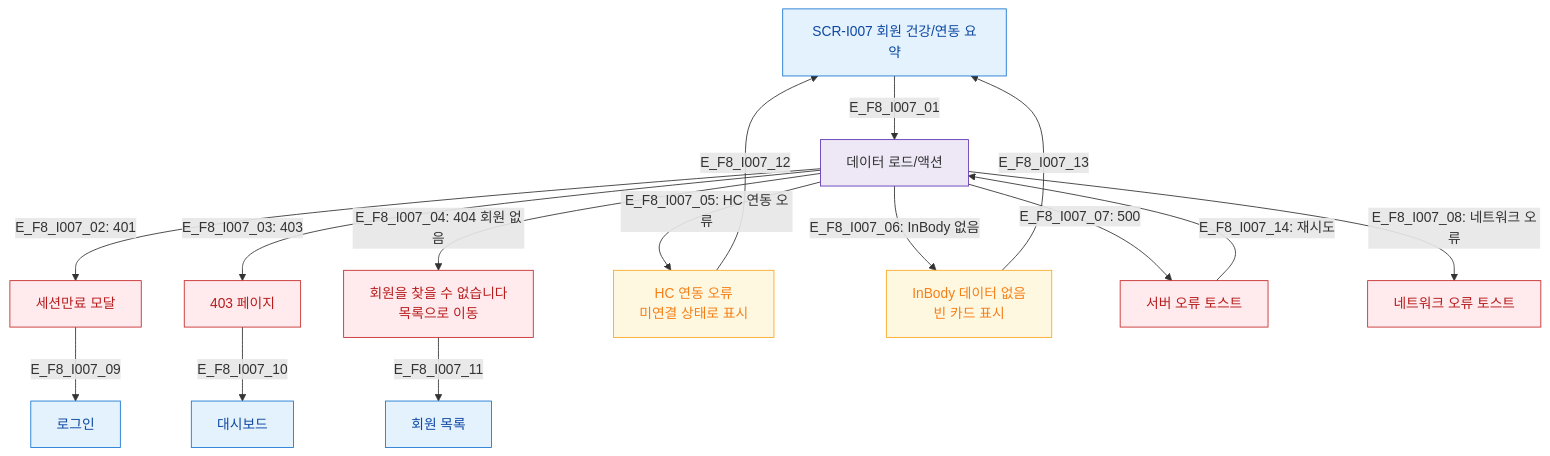
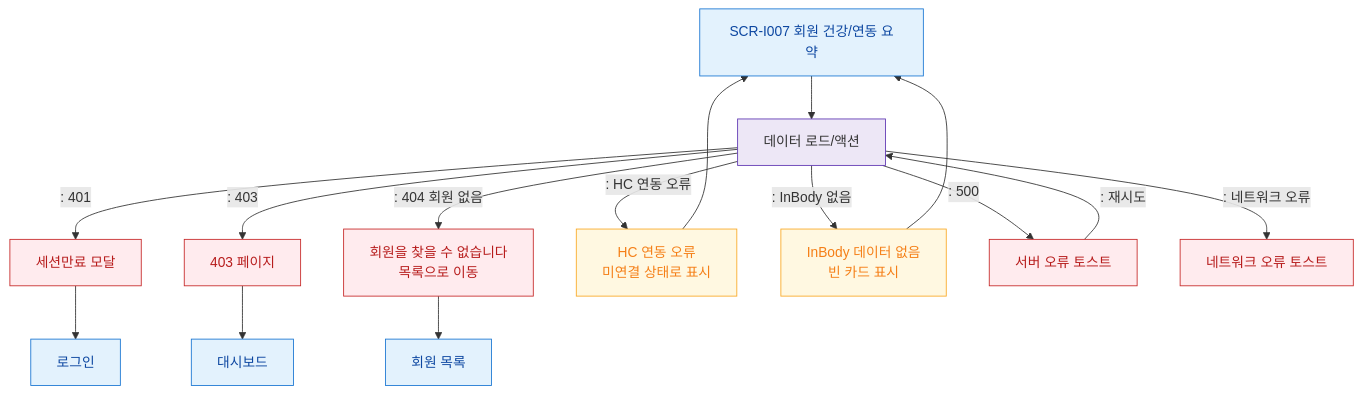
Before and after one commit to dev-spogym/admin-pando: the diagram in docs/다이어그램/D11_통합운영/SCR-I007_회원건강연동요약/F8_에러.md, drawn with Mermaid. The commit also changed other lines of this file and 1660 other files, not shown here.

First line of the commit message:
다이어그램: 기획자/클라이언트 납품본으로 정리

````diff
--- a/docs/다이어그램/D11_통합운영/SCR-I007_회원건강연동요약/F8_에러.md
+++ b/docs/다이어그램/D11_통합운영/SCR-I007_회원건강연동요약/F8_에러.md
@@ -16,27 +14,27 @@
 ```mermaid
 flowchart TD
-    SCR_I007[SCR-I007 회원 건강/연동 요약] -->|E_F8_I007_01| ACTION[데이터 로드/액션]
-    ACTION -->|"E_F8_I007_02: 401"| ERR_401[세션만료 모달]
-    ACTION -->|"E_F8_I007_03: 403"| ERR_403[403 페이지]
-    ACTION -->|"E_F8_I007_04: 404 회원 없음"| ERR_404[회원을 찾을 수 없습니다\n목록으로 이동]
-    ACTION -->|"E_F8_I007_05: HC 연동 오류"| ERR_HC[HC 연동 오류\n미연결 상태로 표시]
-    ACTION -->|"E_F8_I007_06: InBody 없음"| ERR_INBODY[InBody 데이터 없음\n빈 카드 표시]
-    ACTION -->|"E_F8_I007_07: 500"| ERR_500[서버 오류 토스트]
-    ACTION -->|"E_F8_I007_08: 네트워크 오류"| ERR_NET[네트워크 오류 토스트]
+    SCR_I007[SCR-I007 회원 건강/연동 요약] --> ACTION[데이터 로드/액션]
+    ACTION -->|": 401"|ERR_401[세션만료 모달]
+    ACTION -->|": 403"|ERR_403[403 페이지]
+    ACTION -->|": 404 회원 없음"|ERR_404[회원을 찾을 수 없습니다\n목록으로 이동]
+    ACTION -->|": HC 연동 오류"|ERR_HC[HC 연동 오류\n미연결 상태로 표시]
+    ACTION -->|": InBody 없음"|ERR_INBODY[InBody 데이터 없음\n빈 카드 표시]
+    ACTION -->|": 500"|ERR_500[서버 오류 토스트]
+    ACTION -->|": 네트워크 오류"|ERR_NET[네트워크 오류 토스트]
 
-    ERR_401 -->|E_F8_I007_09| LOGIN[로그인]
-    ERR_403 -->|E_F8_I007_10| DASH[대시보드]
-    ERR_404 -->|E_F8_I007_11| MEMBER_LIST[회원 목록]
-    ERR_HC -->|E_F8_I007_12| SCR_I007
-    ERR_INBODY -->|E_F8_I007_13| SCR_I007
-    ERR_500 -->|"E_F8_I007_14: 재시도"| ACTION
+    ERR_401 --> LOGIN[로그인]
+    ERR_403 --> DASH[대시보드]
+    ERR_404 --> MEMBER_LIST[회원 목록]
+    ERR_HC --> SCR_I007
+    ERR_INBODY --> SCR_I007
+    ERR_500 -->|": 재시도"|ACTION
 
-    classDef screen       fill:#E3F2FD,stroke:#1976D2,color:#0D47A1
-    classDef error        fill:#FFEBEE,stroke:#C62828,color:#B71C1C
-    classDef warning      fill:#FFF8E1,stroke:#F9A825,color:#F57F17
-    classDef system       fill:#EDE7F6,stroke:#5E35B2
+    classDef screen fill:#E3F2FD,stroke:#1976D2,color:#0D47A1
+    classDef error fill:#FFEBEE,stroke:#C62828,color:#B71C1C
+    classDef warning fill:#FFF8E1,stroke:#F9A825,color:#F57F17
+    classDef system fill:#EDE7F6,stroke:#5E35B2
     class SCR_I007,LOGIN,DASH,MEMBER_LIST screen
     class ERR_401,ERR_403,ERR_404,ERR_500,ERR_NET error
     class ERR_HC,ERR_INBODY warning
     class ACTION system
 ```
````
